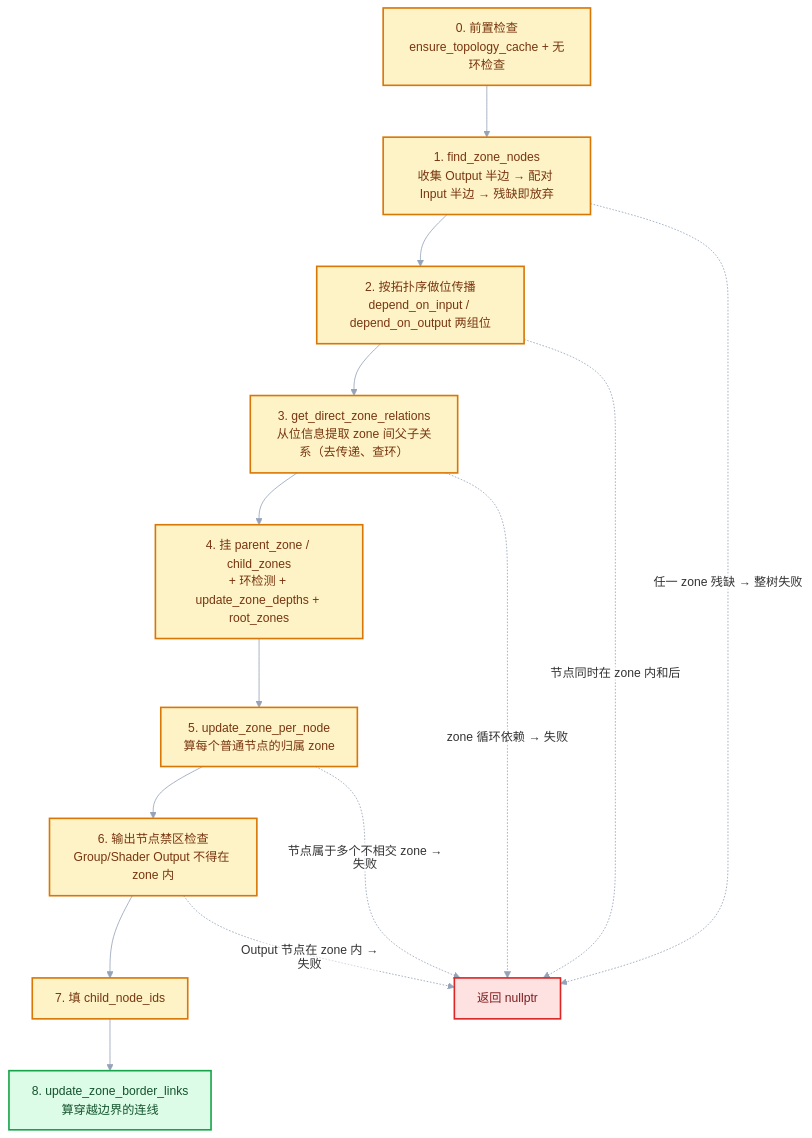
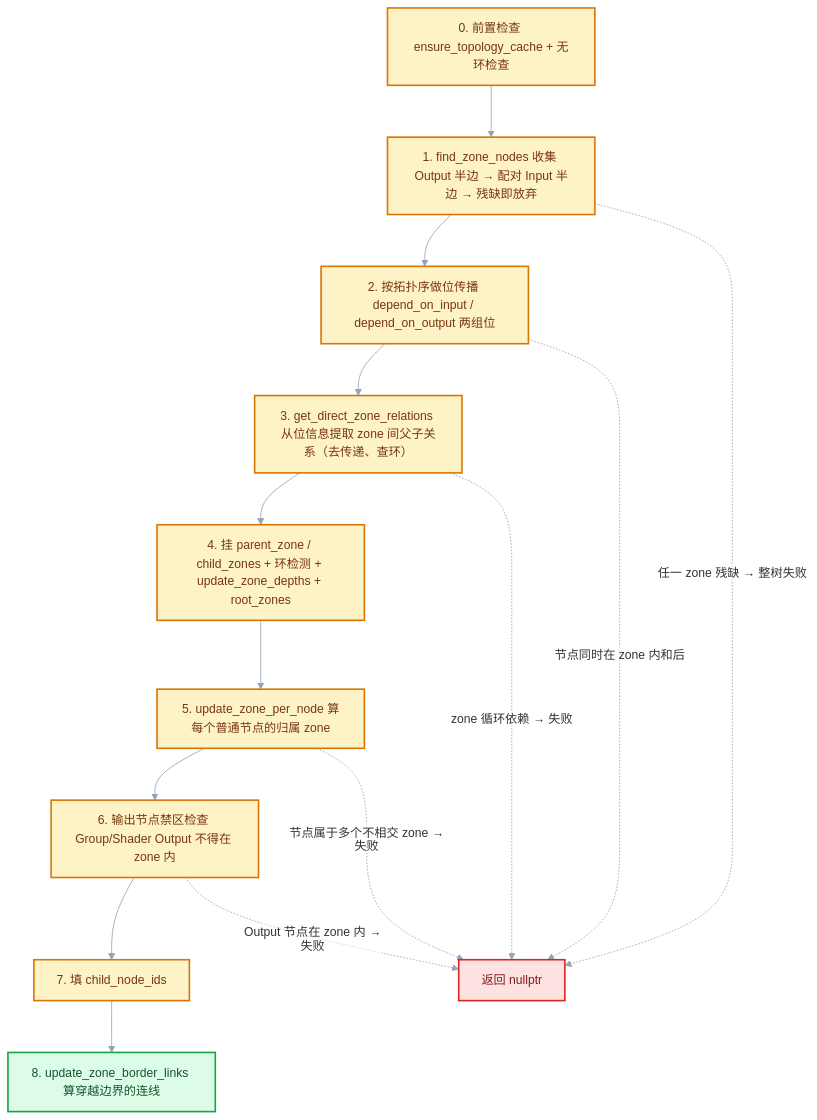
One commit to yunkezengren/blender-.vscode changed the fourth of 8 diagrams in 杂/markdown/重复区域-dsh/01-Zone系统基础/01-NodeTreeZone区域表示与配对.md. Above: the diagram before and after it, drawn with Mermaid. The commit also changed other lines of this file and 27 other files, not shown here.

````diff
--- a/杂/markdown/重复区域-dsh/01-Zone系统基础/01-NodeTreeZone区域表示与配对.md
+++ b/杂/markdown/重复区域-dsh/01-Zone系统基础/01-NodeTreeZone区域表示与配对.md
@@ -371,25 +282,25 @@
 ```mermaid
 %%{init: {"theme":"base","themeVariables":{"fontFamily":"\"Segoe UI\",\"Microsoft YaHei\",sans-serif","fontSize":"15px","lineColor":"#94A3B8","edgeLabelBackground":"#FFFFFF","clusterBkg":"#F8FAFC","clusterBorder":"#CBD5E1"},"flowchart":{"htmlLabels":false,"curve":"basis","nodeSpacing":52,"rankSpacing":64,"padding":14,"diagramPadding":16,"useMaxWidth":true},"sequence":{"useMaxWidth":true,"wrap":true,"mirrorActors":false,"messageMargin":36}}}%%
 flowchart TB
-  A["0. 前置检查<br/>ensure_topology_cache + 无环检查"]:::compute
-  B["1. find_zone_nodes<br/>收集 Output 半边 → 配对 Input 半边 → 残缺即放弃"]:::compute
-  C["2. 按拓扑序做位传播<br/>depend_on_input / depend_on_output 两组位"]:::compute
-  D["3. get_direct_zone_relations<br/>从位信息提取 zone 间父子关系（去传递、查环）"]:::compute
-  E["4. 挂 parent_zone / child_zones<br/>+ 环检测 + update_zone_depths + root_zones"]:::compute
-  F["5. update_zone_per_node<br/>算每个普通节点的归属 zone"]:::compute
-  G["6. 输出节点禁区检查<br/>Group/Shader Output 不得在 zone 内"]:::compute
+  A["0. 前置检查 ensure_topology_cache + 无环检查"]:::compute
+  B["1. find_zone_nodes 收集 Output 半边 → 配对 Input 半边 → 残缺即放弃"]:::compute
+  C["2. 按拓扑序做位传播 depend_on_input / depend_on_output 两组位"]:::compute
+  D["3. get_direct_zone_relations 从位信息提取 zone 间父子关系（去传递、查环）"]:::compute
+  E["4. 挂 parent_zone / child_zones + 环检测 + update_zone_depths + root_zones"]:::compute
+  F["5. update_zone_per_node 算每个普通节点的归属 zone"]:::compute
+  G["6. 输出节点禁区检查 Group/Shader Output 不得在 zone 内"]:::compute
   H["7. 填 child_node_ids"]:::compute
-  I["8. update_zone_border_links<br/>算穿越边界的连线"]:::result
+  I["8. update_zone_border_links 算穿越边界的连线"]:::result
   A --> B --> C --> D --> E --> F --> G --> H --> I
   B -.->|"任一 zone 残缺 → 整树失败"| X["返回 nullptr"]:::error
   C -.->|"节点同时在 zone 内和后"| X
   D -.->|"zone 循环依赖 → 失败"| X
   F -.->|"节点属于多个不相交 zone → 失败"| X
   G -.->|"Output 节点在 zone 内 → 失败"| X
   classDef input fill:#DBEAFE,stroke:#2563EB,color:#172554,stroke-width:2px;
   classDef data fill:#CFFAFE,stroke:#0891B2,color:#164E63,stroke-width:2px;
   classDef abstraction fill:#EDE9FE,stroke:#7C3AED,color:#3B0764,stroke-width:2px;
   classDef compute fill:#FEF3C7,stroke:#D97706,color:#78350F,stroke-width:2px;
   classDef result fill:#DCFCE7,stroke:#16A34A,color:#14532D,stroke-width:2px;
   classDef error fill:#FEE2E2,stroke:#DC2626,color:#7F1D1D,stroke-width:2px;
 ```
````
